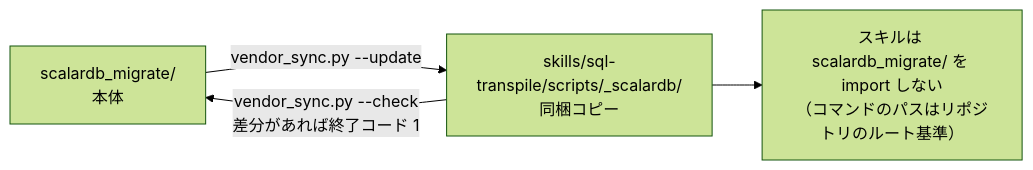
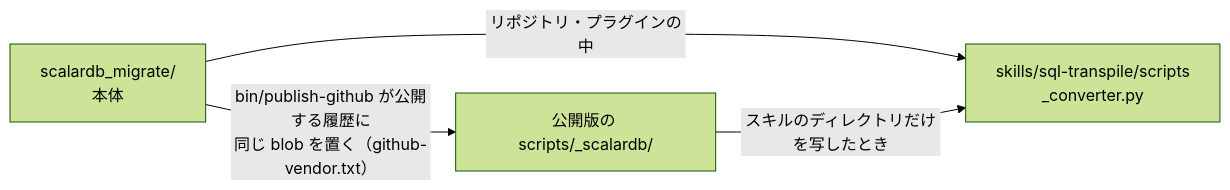
Diagram 17 of 25 in docs/design/architecture.md (wfukatsu/sql-migration), drawn with Mermaid (forest theme) before and after one commit. The commit also changed other lines of this file and 5 other files, not shown here.

First line of the commit message:
文書: sql-transpile の変換器のコピーは公開するときに作る、と書き直す（#159 M1）

````diff
--- a/docs/design/architecture.md
+++ b/docs/design/architecture.md
@@ -607,6 +613,6 @@
 ```mermaid
 flowchart LR
-    M["scalardb_migrate/<br/>本体"] -- "vendor_sync.py --update" --> C["skills/sql-transpile/scripts/_scalardb/<br/>同梱コピー"]
-    C -- "vendor_sync.py --check<br/>差分があれば終了コード 1" --> M
-    C --> S["スキルは scalardb_migrate/ を import しない<br/>（コマンドのパスはリポジトリのルート基準）"]
+    M["scalardb_migrate/<br/>本体"] -- "リポジトリ・プラグインの中" --> S["skills/sql-transpile/scripts<br/>_converter.py"]
+    M -- "bin/publish-github が公開する履歴に<br/>同じ blob を置く（github-vendor.txt）" --> C["公開版の scripts/_scalardb/"]
+    C -- "スキルのディレクトリだけを写したとき" --> S
 ```
````
